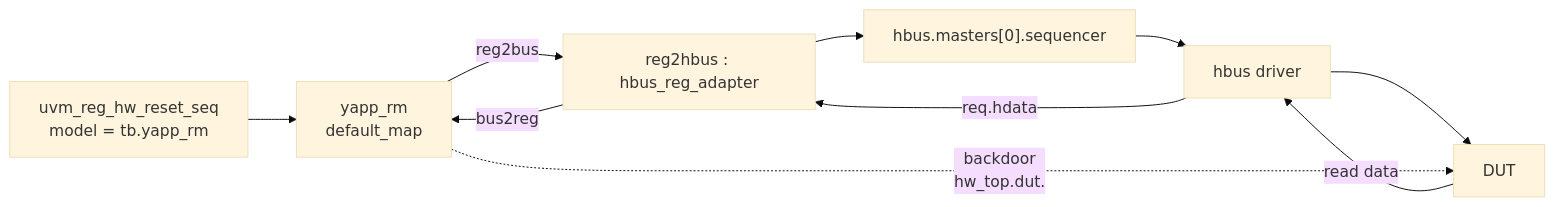
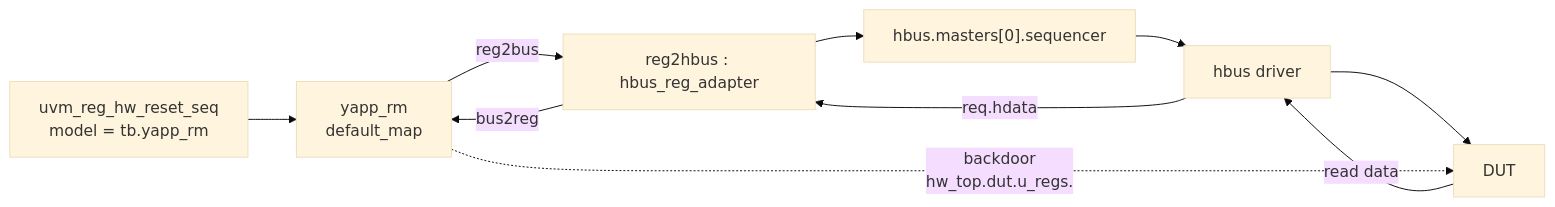
Before and after one commit to tamirgabgab/Qcom-Mentoring: the diagram in docs/labs/lab11b.md, drawn with Mermaid (base theme). The commit also changed other lines of this file and 34 other files, not shown here.

First line of the commit message:
Docs: yapp_project tree, extern style, explicit sequences and field methods

````diff
--- a/docs/labs/lab11b.md
+++ b/docs/labs/lab11b.md
@@ -20,7 +20,7 @@
 ```mermaid
 flowchart LR
     SEQ["uvm_reg_hw_reset_seq<br/>model = tb.yapp_rm"] --> RM["yapp_rm<br/>default_map"]
     RM -->|"reg2bus"| AD["reg2hbus : hbus_reg_adapter"] --> SQ["hbus.masters[0].sequencer"] --> DRV["hbus driver"] --> DUT
     DUT -->|"read data"| DRV -->|"req.hdata"| AD -->|"bus2reg"| RM
-    RM -. "backdoor<br/>hw_top.dut.<reg>" .-> DUT
+    RM -. "backdoor<br/>hw_top.dut.u_regs.<reg>" .-> DUT
 ```
````
